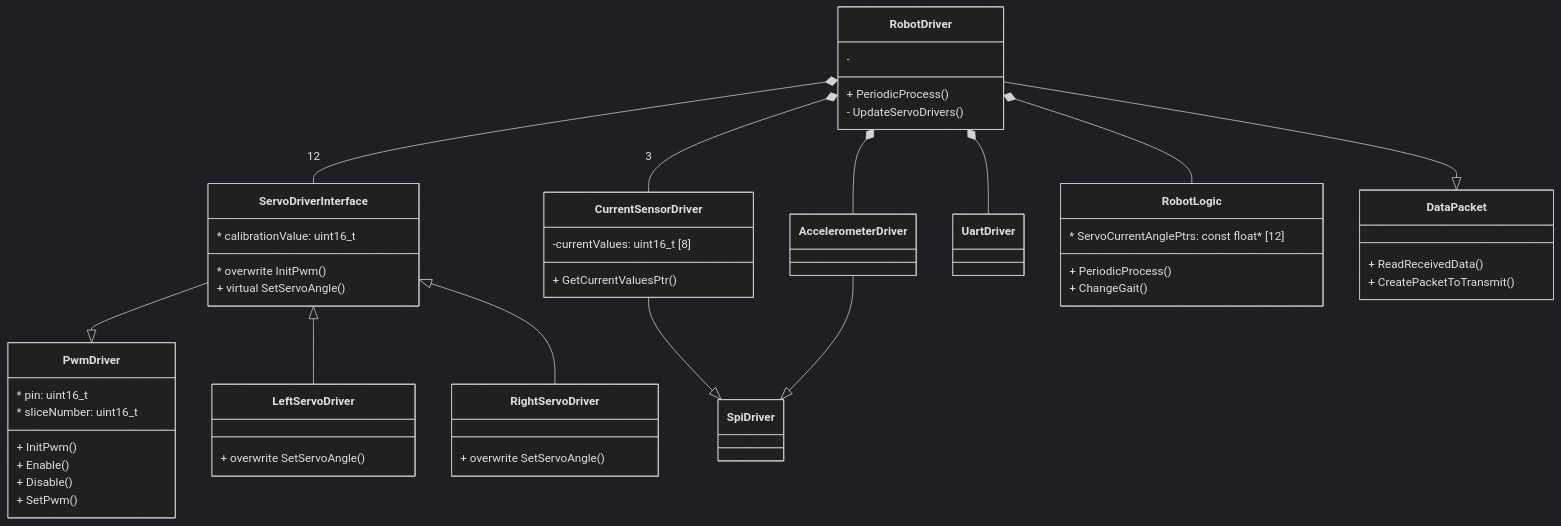
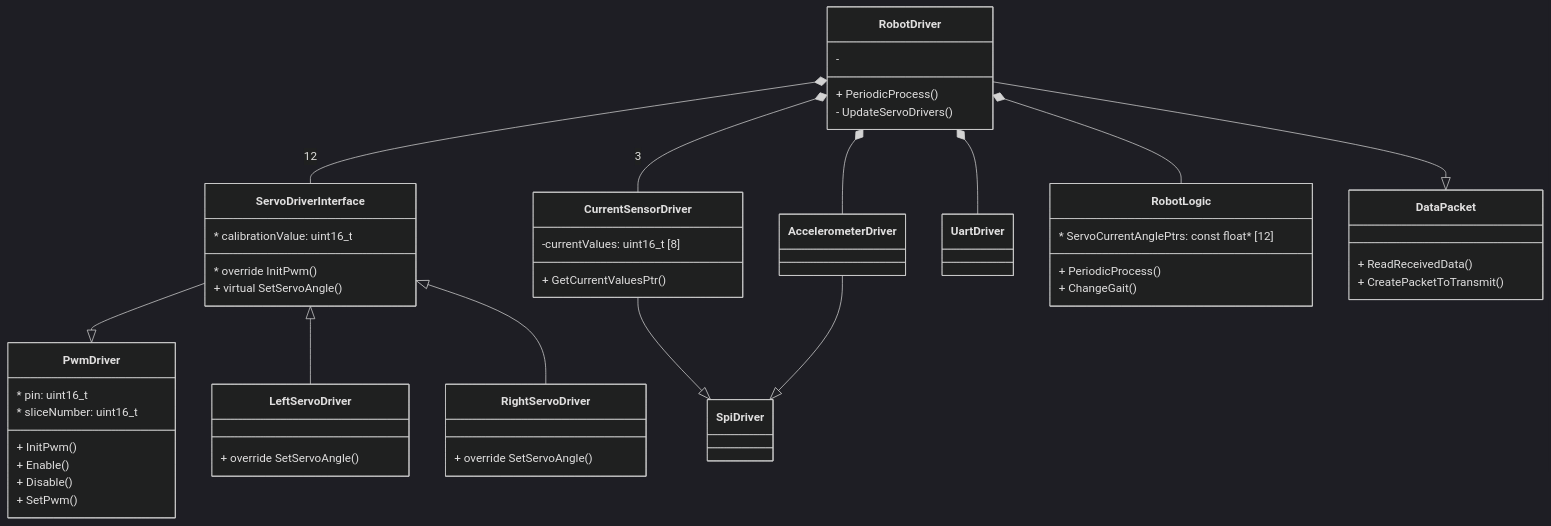
Before and after one commit to putzio/Hexapod-2.0: the second of 2 diagrams in README.md, drawn with Mermaid (dark theme). The commit also changed other lines of this file and 20 other files, not shown here.

Commit message:
LegPositionControllerInterface and class names changed according to the diagram

````diff
--- a/README.md
+++ b/README.md
@@ -110,65 +114,65 @@
 ```mermaid
     classDiagram
     %%Driver classes relations:
 
     ServoDriverInterface --|> PwmDriver
     ServoDriverInterface <|-- LeftServoDriver
     ServoDriverInterface <|-- RightServoDriver
 
     CurrentSensorDriver --|> SpiDriver
     AccelerometerDriver --|> SpiDriver  
 
 
     RobotDriver *-- ServoDriverInterface: 12
     RobotDriver *-- CurrentSensorDriver: 3
     RobotDriver *-- AccelerometerDriver
     RobotDriver *-- UartDriver
     RobotDriver *-- RobotLogic
     RobotDriver --|> DataPacket
 
     class PwmDriver{
         * pin: uint16_t
         * sliceNumber: uint16_t
 
         + InitPwm()
         + Enable()
         + Disable()
         + SetPwm()
     }
 
     class ServoDriverInterface{
         * calibrationValue: uint16_t
         
-        * overwrite InitPwm()
+        * override InitPwm()
         + virtual SetServoAngle()
     }
     class LeftServoDriver{
-        + overwrite SetServoAngle()
+        + override SetServoAngle()
     }
     class RightServoDriver{
-        + overwrite SetServoAngle()
+        + override SetServoAngle()
     }
 
     class CurrentSensorDriver{
         -currentValues: uint16_t [8]
         
         + GetCurrentValuesPtr()
     }
 
     class RobotLogic{
         * ServoCurrentAnglePtrs: const float* [12] 
         + PeriodicProcess()
         + ChangeGait()
     }
 
     class RobotDriver{
         + PeriodicProcess()
         - UpdateServoDrivers()
         - 
     }
 
     class DataPacket{
         + ReadReceivedData()
         + CreatePacketToTransmit()
     }
 ```
````
